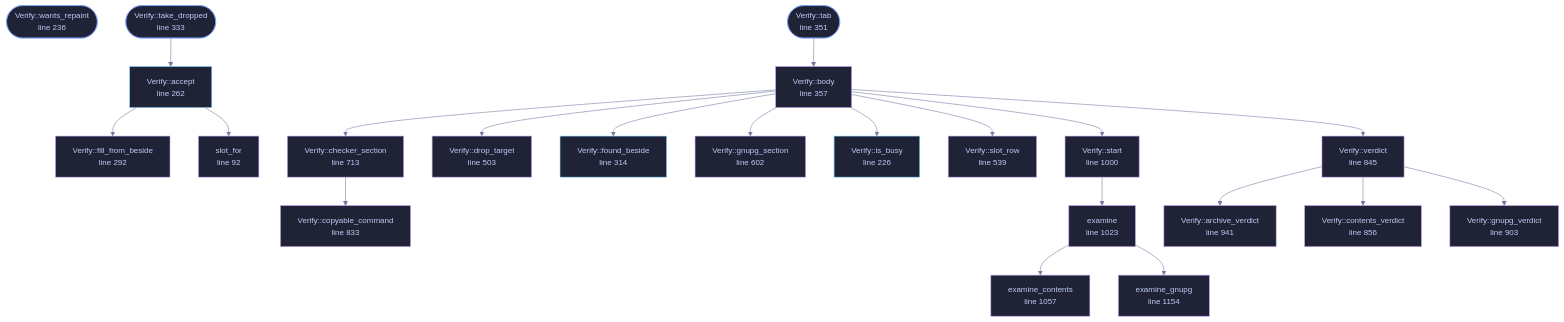
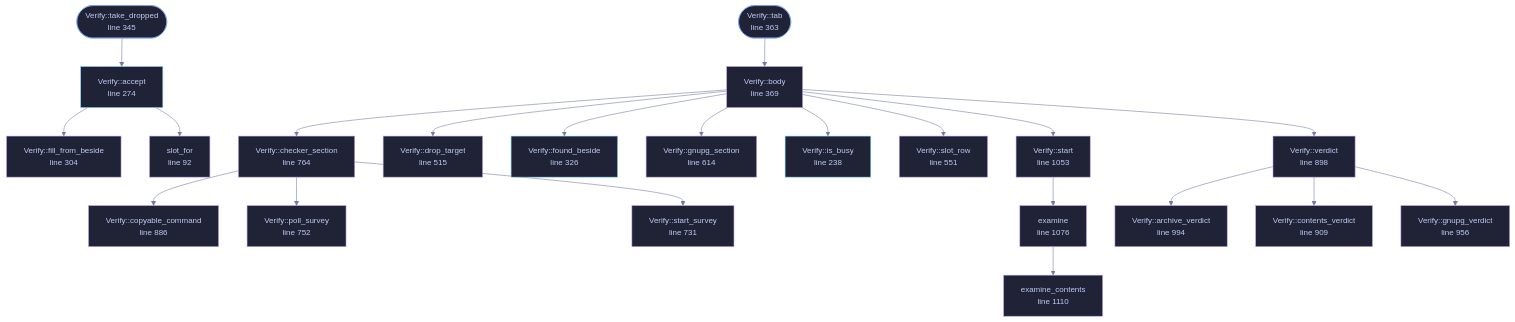
The diagram in docs/files/veilvoice-gui/verify.md (tilas01/veilvoice), drawn with Mermaid before and after one commit. The commit also changed other lines of this file and 14 other files, not shown here.

````diff
--- a/docs/files/veilvoice-gui/verify.md
+++ b/docs/files/veilvoice-gui/verify.md
@@ -135,73 +135,74 @@
 ```mermaid
 %%{init: {"theme":"base","themeVariables":{"background":"#1a1b26","primaryColor":"#1f2335","primaryTextColor":"#c0caf5","primaryBorderColor":"#7aa2f7","secondaryColor":"#16161e","tertiaryColor":"#16161e","lineColor":"#737aa2","textColor":"#c0caf5","mainBkg":"#1f2335","nodeBorder":"#7aa2f7","clusterBkg":"#16161e","clusterBorder":"#2f3549","fontFamily":"ui-monospace, SFMono-Regular, Consolas, monospace","fontSize":"14px"}}}%%
 flowchart TD
     n_slot_for["slot_for<br/>line 92"]
-    n_is_busy["Verify::is_busy<br/>line 226"]
-    n_wants_repaint(["Verify::wants_repaint<br/>line 236"])
-    n_accept["Verify::accept<br/>line 262"]
-    n_fill_from_beside["Verify::fill_from_beside<br/>line 292"]
-    n_found_beside["Verify::found_beside<br/>line 314"]
-    n_take_dropped(["Verify::take_dropped<br/>line 333"])
-    n_tab(["Verify::tab<br/>line 351"])
-    n_body["Verify::body<br/>line 357"]
-    n_drop_target["Verify::drop_target<br/>line 503"]
-    n_slot_row["Verify::slot_row<br/>line 539"]
-    n_gnupg_section["Verify::gnupg_section<br/>line 602"]
-    n_checker_section["Verify::checker_section<br/>line 713"]
-    n_copyable_command["Verify::copyable_command<br/>line 833"]
-    n_verdict["Verify::verdict<br/>line 845"]
-    n_contents_verdict["Verify::contents_verdict<br/>line 856"]
-    n_gnupg_verdict["Verify::gnupg_verdict<br/>line 903"]
-    n_archive_verdict["Verify::archive_verdict<br/>line 941"]
-    n_start["Verify::start<br/>line 1000"]
-    n_examine["examine<br/>line 1023"]
-    n_examine_contents["examine_contents<br/>line 1057"]
-    n_examine_gnupg["examine_gnupg<br/>line 1154"]
+    n_is_busy["Verify::is_busy<br/>line 238"]
+    n_accept["Verify::accept<br/>line 274"]
+    n_fill_from_beside["Verify::fill_from_beside<br/>line 304"]
+    n_found_beside["Verify::found_beside<br/>line 326"]
+    n_take_dropped(["Verify::take_dropped<br/>line 345"])
+    n_tab(["Verify::tab<br/>line 363"])
+    n_body["Verify::body<br/>line 369"]
+    n_drop_target["Verify::drop_target<br/>line 515"]
+    n_slot_row["Verify::slot_row<br/>line 551"]
+    n_gnupg_section["Verify::gnupg_section<br/>line 614"]
+    n_start_survey["Verify::start_survey<br/>line 731"]
+    n_poll_survey["Verify::poll_survey<br/>line 752"]
+    n_checker_section["Verify::checker_section<br/>line 764"]
+    n_copyable_command["Verify::copyable_command<br/>line 886"]
+    n_verdict["Verify::verdict<br/>line 898"]
+    n_contents_verdict["Verify::contents_verdict<br/>line 909"]
+    n_gnupg_verdict["Verify::gnupg_verdict<br/>line 956"]
+    n_archive_verdict["Verify::archive_verdict<br/>line 994"]
+    n_start["Verify::start<br/>line 1053"]
+    n_examine["examine<br/>line 1076"]
+    n_examine_contents["examine_contents<br/>line 1110"]
     n_accept --> n_fill_from_beside
     n_accept --> n_slot_for
     n_body --> n_checker_section
     n_body --> n_drop_target
     n_body --> n_found_beside
     n_body --> n_gnupg_section
     n_body --> n_is_busy
     n_body --> n_slot_row
     n_body --> n_start
     n_body --> n_verdict
     n_checker_section --> n_copyable_command
+    n_checker_section --> n_poll_survey
+    n_checker_section --> n_start_survey
     n_examine --> n_examine_contents
-    n_examine --> n_examine_gnupg
     n_start --> n_examine
     n_tab --> n_body
     n_take_dropped --> n_accept
     n_verdict --> n_archive_verdict
     n_verdict --> n_contents_verdict
     n_verdict --> n_gnupg_verdict
     click n_slot_for href "https://github.com/tilas01/veilvoice/blob/main/crates/veilvoice-gui/src/verify.rs#L92" "open the source"
-    click n_is_busy href "https://github.com/tilas01/veilvoice/blob/main/crates/veilvoice-gui/src/verify.rs#L226" "open the source"
-    click n_wants_repaint href "https://github.com/tilas01/veilvoice/blob/main/crates/veilvoice-gui/src/verify.rs#L236" "open the source"
-    click n_accept href "https://github.com/tilas01/veilvoice/blob/main/crates/veilvoice-gui/src/verify.rs#L262" "open the source"
-    click n_fill_from_beside href "https://github.com/tilas01/veilvoice/blob/main/crates/veilvoice-gui/src/verify.rs#L292" "open the source"
-    click n_found_beside href "https://github.com/tilas01/veilvoice/blob/main/crates/veilvoice-gui/src/verify.rs#L314" "open the source"
-    click n_take_dropped href "https://github.com/tilas01/veilvoice/blob/main/crates/veilvoice-gui/src/verify.rs#L333" "open the source"
-    click n_tab href "https://github.com/tilas01/veilvoice/blob/main/crates/veilvoice-gui/src/verify.rs#L351" "open the source"
-    click n_body href "https://github.com/tilas01/veilvoice/blob/main/crates/veilvoice-gui/src/verify.rs#L357" "open the source"
-    click n_drop_target href "https://github.com/tilas01/veilvoice/blob/main/crates/veilvoice-gui/src/verify.rs#L503" "open the source"
-    click n_slot_row href "https://github.com/tilas01/veilvoice/blob/main/crates/veilvoice-gui/src/verify.rs#L539" "open the source"
-    click n_gnupg_section href "https://github.com/tilas01/veilvoice/blob/main/crates/veilvoice-gui/src/verify.rs#L602" "open the source"
-    click n_checker_section href "https://github.com/tilas01/veilvoice/blob/main/crates/veilvoice-gui/src/verify.rs#L713" "open the source"
-    click n_copyable_command href "https://github.com/tilas01/veilvoice/blob/main/crates/veilvoice-gui/src/verify.rs#L833" "open the source"
-    click n_verdict href "https://github.com/tilas01/veilvoice/blob/main/crates/veilvoice-gui/src/verify.rs#L845" "open the source"
-    click n_contents_verdict href "https://github.com/tilas01/veilvoice/blob/main/crates/veilvoice-gui/src/verify.rs#L856" "open the source"
-    click n_gnupg_verdict href "https://github.com/tilas01/veilvoice/blob/main/crates/veilvoice-gui/src/verify.rs#L903" "open the source"
-    click n_archive_verdict href "https://github.com/tilas01/veilvoice/blob/main/crates/veilvoice-gui/src/verify.rs#L941" "open the source"
-    click n_start href "https://github.com/tilas01/veilvoice/blob/main/crates/veilvoice-gui/src/verify.rs#L1000" "open the source"
-    click n_examine href "https://github.com/tilas01/veilvoice/blob/main/crates/veilvoice-gui/src/verify.rs#L1023" "open the source"
-    click n_examine_contents href "https://github.com/tilas01/veilvoice/blob/main/crates/veilvoice-gui/src/verify.rs#L1057" "open the source"
-    click n_examine_gnupg href "https://github.com/tilas01/veilvoice/blob/main/crates/veilvoice-gui/src/verify.rs#L1154" "open the source"
+    click n_is_busy href "https://github.com/tilas01/veilvoice/blob/main/crates/veilvoice-gui/src/verify.rs#L238" "open the source"
+    click n_accept href "https://github.com/tilas01/veilvoice/blob/main/crates/veilvoice-gui/src/verify.rs#L274" "open the source"
+    click n_fill_from_beside href "https://github.com/tilas01/veilvoice/blob/main/crates/veilvoice-gui/src/verify.rs#L304" "open the source"
+    click n_found_beside href "https://github.com/tilas01/veilvoice/blob/main/crates/veilvoice-gui/src/verify.rs#L326" "open the source"
+    click n_take_dropped href "https://github.com/tilas01/veilvoice/blob/main/crates/veilvoice-gui/src/verify.rs#L345" "open the source"
+    click n_tab href "https://github.com/tilas01/veilvoice/blob/main/crates/veilvoice-gui/src/verify.rs#L363" "open the source"
+    click n_body href "https://github.com/tilas01/veilvoice/blob/main/crates/veilvoice-gui/src/verify.rs#L369" "open the source"
+    click n_drop_target href "https://github.com/tilas01/veilvoice/blob/main/crates/veilvoice-gui/src/verify.rs#L515" "open the source"
+    click n_slot_row href "https://github.com/tilas01/veilvoice/blob/main/crates/veilvoice-gui/src/verify.rs#L551" "open the source"
+    click n_gnupg_section href "https://github.com/tilas01/veilvoice/blob/main/crates/veilvoice-gui/src/verify.rs#L614" "open the source"
+    click n_start_survey href "https://github.com/tilas01/veilvoice/blob/main/crates/veilvoice-gui/src/verify.rs#L731" "open the source"
+    click n_poll_survey href "https://github.com/tilas01/veilvoice/blob/main/crates/veilvoice-gui/src/verify.rs#L752" "open the source"
+    click n_checker_section href "https://github.com/tilas01/veilvoice/blob/main/crates/veilvoice-gui/src/verify.rs#L764" "open the source"
+    click n_copyable_command href "https://github.com/tilas01/veilvoice/blob/main/crates/veilvoice-gui/src/verify.rs#L886" "open the source"
+    click n_verdict href "https://github.com/tilas01/veilvoice/blob/main/crates/veilvoice-gui/src/verify.rs#L898" "open the source"
+    click n_contents_verdict href "https://github.com/tilas01/veilvoice/blob/main/crates/veilvoice-gui/src/verify.rs#L909" "open the source"
+    click n_gnupg_verdict href "https://github.com/tilas01/veilvoice/blob/main/crates/veilvoice-gui/src/verify.rs#L956" "open the source"
+    click n_archive_verdict href "https://github.com/tilas01/veilvoice/blob/main/crates/veilvoice-gui/src/verify.rs#L994" "open the source"
+    click n_start href "https://github.com/tilas01/veilvoice/blob/main/crates/veilvoice-gui/src/verify.rs#L1053" "open the source"
+    click n_examine href "https://github.com/tilas01/veilvoice/blob/main/crates/veilvoice-gui/src/verify.rs#L1076" "open the source"
+    click n_examine_contents href "https://github.com/tilas01/veilvoice/blob/main/crates/veilvoice-gui/src/verify.rs#L1110" "open the source"
     classDef entry fill:#1f2335,stroke:#7aa2f7,color:#c0caf5
-    class n_wants_repaint,n_take_dropped,n_tab entry
+    class n_take_dropped,n_tab entry
     classDef api fill:#1f2335,stroke:#7dcfff,color:#c0caf5
     class n_is_busy,n_accept,n_found_beside api
     classDef helper fill:#1f2335,stroke:#bb9af7,color:#c0caf5
-    class n_slot_for,n_fill_from_beside,n_body,n_drop_target,n_slot_row,n_gnupg_section,n_checker_section,n_copyable_command,n_verdict,n_contents_verdict,n_gnupg_verdict,n_archive_verdict,n_start,n_examine,n_examine_contents,n_examine_gnupg helper
+    class n_slot_for,n_fill_from_beside,n_body,n_drop_target,n_slot_row,n_gnupg_section,n_start_survey,n_poll_survey,n_checker_section,n_copyable_command,n_verdict,n_contents_verdict,n_gnupg_verdict,n_archive_verdict,n_start,n_examine,n_examine_contents helper
 ```
````
